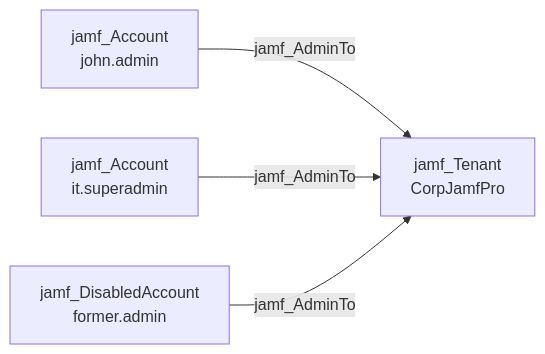
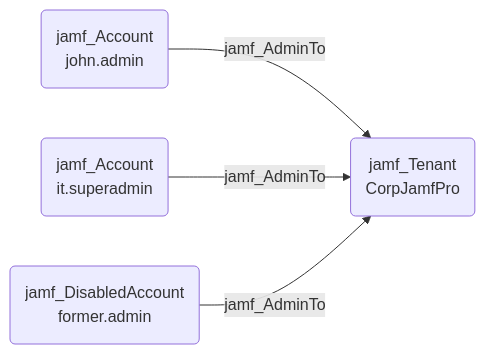
One commit to SpecterOps/bloodhound-docs changed the diagram in docs/opengraph/extensions/jamfhound/reference/edges/jamf_adminto.mdx. Above: the diagram before and after it, drawn with Mermaid. The commit also changed 2 other files, not shown here.

Commit message:
Testing Mermaid graph updates

````diff
--- a/docs/opengraph/extensions/jamfhound/reference/edges/jamf_adminto.mdx
+++ b/docs/opengraph/extensions/jamfhound/reference/edges/jamf_adminto.mdx
@@ -18,6 +18,14 @@
 ```mermaid
 graph LR
-    A["jamf_Account\njohn.admin"] -->|jamf_AdminTo| B["jamf_Tenant\nCorpJamfPro"]
-    C["jamf_Account\nit.superadmin"] -->|jamf_AdminTo| B
-    D["jamf_DisabledAccount\nformer.admin"] -->|jamf_AdminTo| B
+    A("jamf_Account
+john.admin")
+    B("jamf_Tenant
+CorpJamfPro")
+    C("jamf_Account
+it.superadmin")
+    D("jamf_DisabledAccount
+former.admin")
+    A -- jamf_AdminTo --> B
+    C -- jamf_AdminTo --> B
+    D -- jamf_AdminTo --> B
 ```
````
